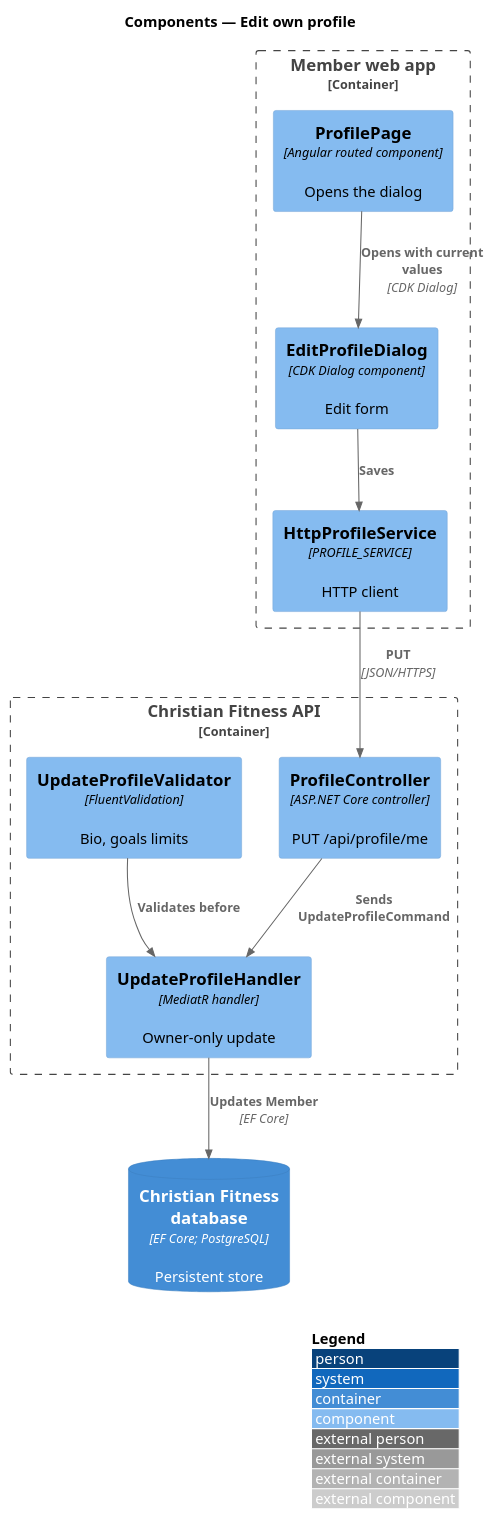
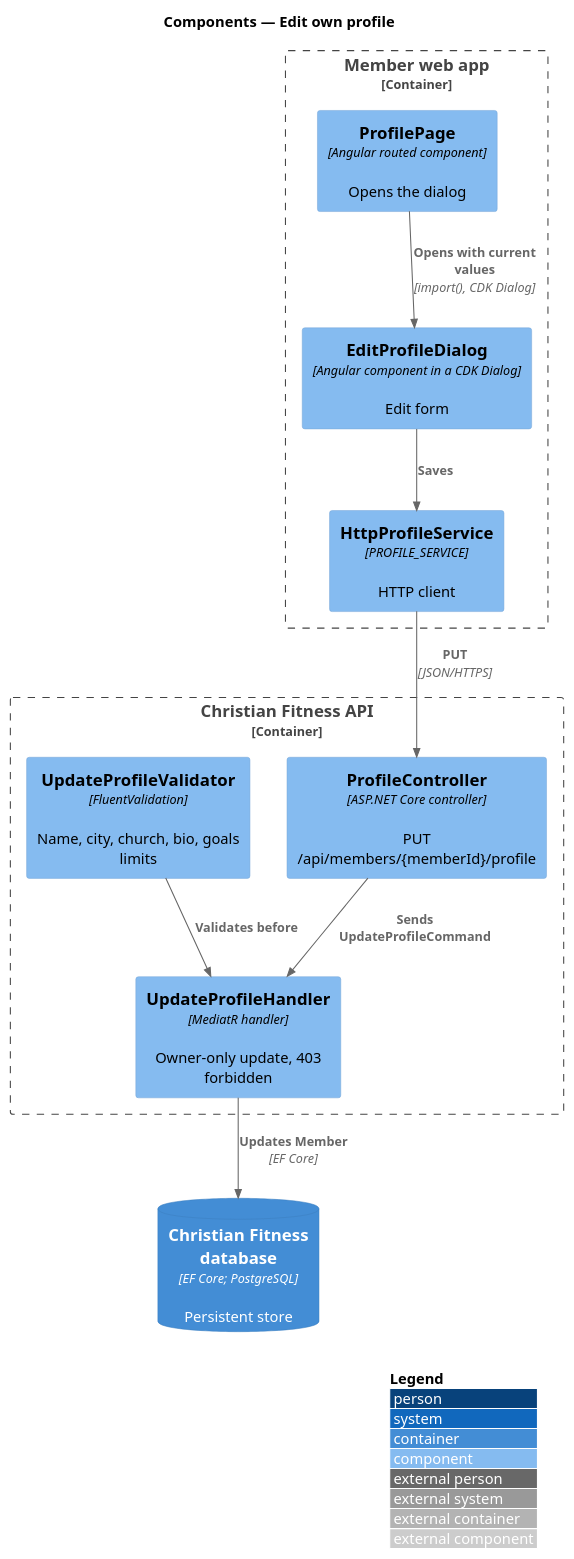
One commit to QuinntyneBrown/christian-fitness changed the diagram in docs/detailed-designs/member-profile/edit-profile/diagrams/c4-component.puml. Above: the diagram before and after it, drawn with PlantUML. The commit also changed 92 other files, not shown here.

First line of the commit message:
Slice 18.2: Edit my profile

```diff
--- a/docs/detailed-designs/member-profile/edit-profile/diagrams/c4-component.puml
+++ b/docs/detailed-designs/member-profile/edit-profile/diagrams/c4-component.puml
@@ -1,24 +1,24 @@
 @startuml
 !include <C4/C4_Component>
 LAYOUT_WITH_LEGEND()
 title Components — Edit own profile
 
 Container_Boundary(web, "Member web app") {
   Component(page, "ProfilePage", "Angular routed component", "Opens the dialog")
-  Component(dlg, "EditProfileDialog", "CDK Dialog component", "Edit form")
+  Component(dlg, "EditProfileDialog", "Angular component in a CDK Dialog", "Edit form")
   Component(svc, "HttpProfileService", "PROFILE_SERVICE", "HTTP client")
 }
 Container_Boundary(api, "Christian Fitness API") {
-  Component(ctrl, "ProfileController", "ASP.NET Core controller", "PUT /api/profile/me")
-  Component(v, "UpdateProfileValidator", "FluentValidation", "Bio, goals limits")
-  Component(h, "UpdateProfileHandler", "MediatR handler", "Owner-only update")
+  Component(ctrl, "ProfileController", "ASP.NET Core controller", "PUT /api/members/{memberId}/profile")
+  Component(v, "UpdateProfileValidator", "FluentValidation", "Name, city, church, bio, goals limits")
+  Component(h, "UpdateProfileHandler", "MediatR handler", "Owner-only update, 403 forbidden")
 }
 ContainerDb(db, "Christian Fitness database", "EF Core; PostgreSQL", "Persistent store")
 
-Rel(page, dlg, "Opens with current values", "CDK Dialog")
+Rel(page, dlg, "Opens with current values", "import(), CDK Dialog")
 Rel(dlg, svc, "Saves")
 Rel(svc, ctrl, "PUT", "JSON/HTTPS")
 Rel(ctrl, h, "Sends UpdateProfileCommand")
 Rel(v, h, "Validates before")
 Rel(h, db, "Updates Member", "EF Core")
 @enduml
```
